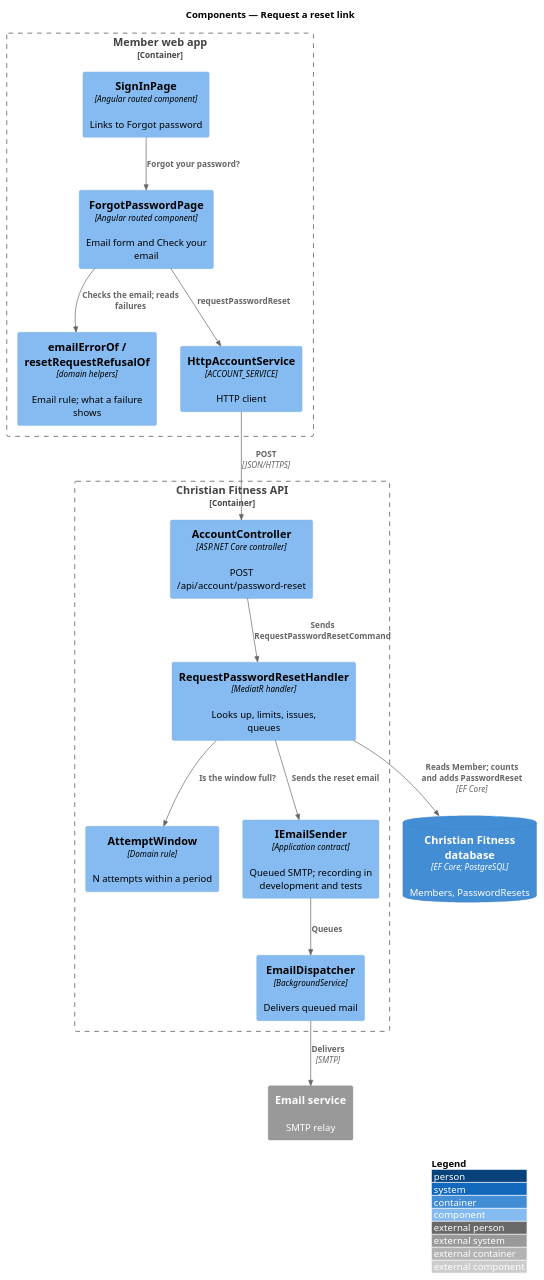
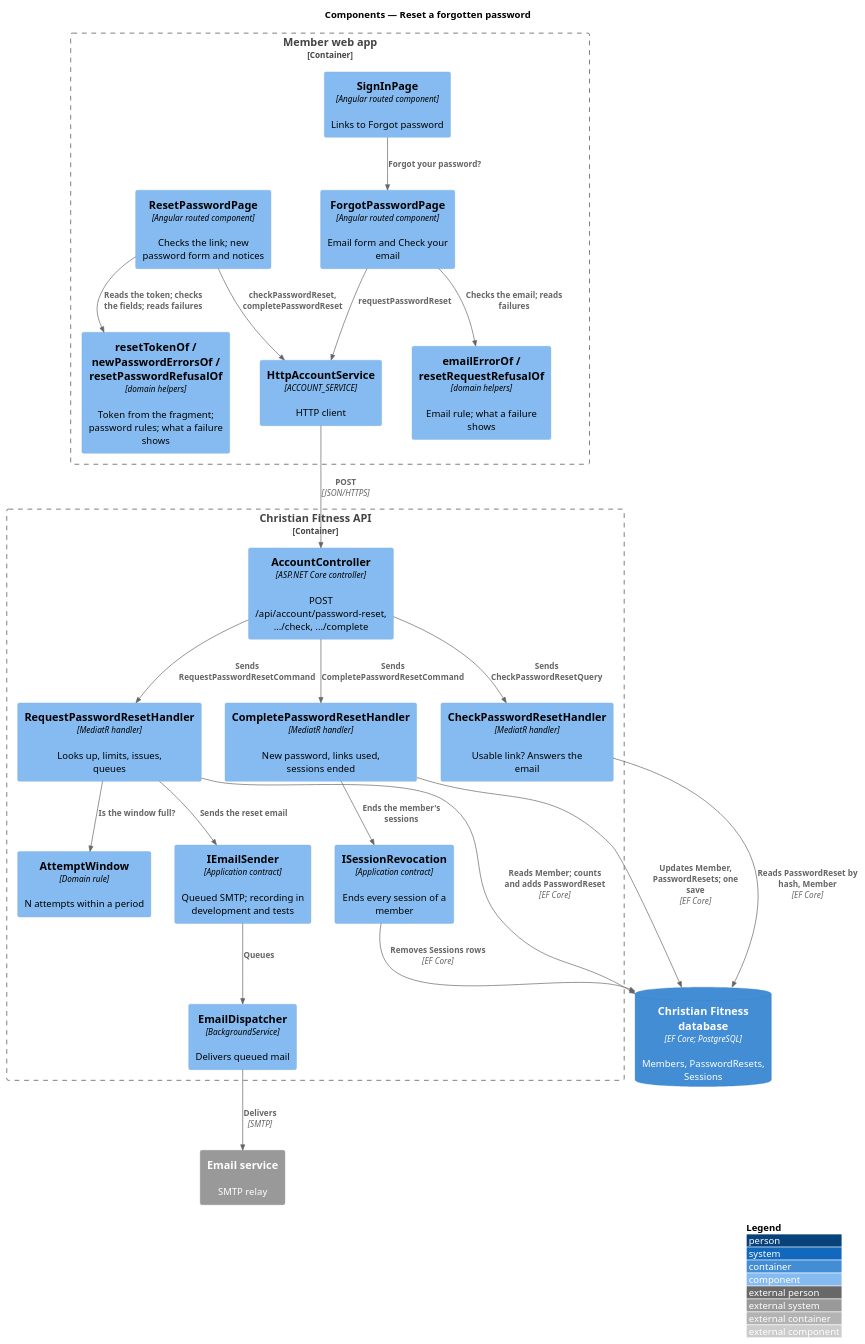
The diagram in docs/detailed-designs/member-access/reset-password/diagrams/c4-component.puml (QuinntyneBrown/christian-fitness), drawn with PlantUML before and after one commit. The commit also changed 23 other files, not shown here.

```diff
--- a/docs/detailed-designs/member-access/reset-password/diagrams/c4-component.puml
+++ b/docs/detailed-designs/member-access/reset-password/diagrams/c4-component.puml
@@ -1,32 +1,45 @@
 @startuml
 !include <C4/C4_Component>
 LAYOUT_WITH_LEGEND()
-title Components — Request a reset link
+title Components — Reset a forgotten password
 
 Container_Boundary(web, "Member web app") {
   Component(signin, "SignInPage", "Angular routed component", "Links to Forgot password")
   Component(page, "ForgotPasswordPage", "Angular routed component", "Email form and Check your email")
+  Component(reset, "ResetPasswordPage", "Angular routed component", "Checks the link; new password form and notices")
   Component(rules, "emailErrorOf / resetRequestRefusalOf", "domain helpers", "Email rule; what a failure shows")
+  Component(newrules, "resetTokenOf / newPasswordErrorsOf / resetPasswordRefusalOf", "domain helpers", "Token from the fragment; password rules; what a failure shows")
   Component(svc, "HttpAccountService", "ACCOUNT_SERVICE", "HTTP client")
 }
 Container_Boundary(api, "Christian Fitness API") {
-  Component(ctrl, "AccountController", "ASP.NET Core controller", "POST /api/account/password-reset")
+  Component(ctrl, "AccountController", "ASP.NET Core controller", "POST /api/account/password-reset, .../check, .../complete")
   Component(h, "RequestPasswordResetHandler", "MediatR handler", "Looks up, limits, issues, queues")
+  Component(check, "CheckPasswordResetHandler", "MediatR handler", "Usable link? Answers the email")
+  Component(complete, "CompletePasswordResetHandler", "MediatR handler", "New password, links used, sessions ended")
+  Component(revoke, "ISessionRevocation", "Application contract", "Ends every session of a member")
   Component(window, "AttemptWindow", "Domain rule", "N attempts within a period")
   Component(sender, "IEmailSender", "Application contract", "Queued SMTP; recording in development and tests")
   Component(dispatch, "EmailDispatcher", "BackgroundService", "Delivers queued mail")
 }
-ContainerDb(db, "Christian Fitness database", "EF Core; PostgreSQL", "Members, PasswordResets")
+ContainerDb(db, "Christian Fitness database", "EF Core; PostgreSQL", "Members, PasswordResets, Sessions")
 System_Ext(smtp, "Email service", "SMTP relay")
 
 Rel(signin, page, "Forgot your password?")
 Rel(page, rules, "Checks the email; reads failures")
 Rel(page, svc, "requestPasswordReset")
+Rel(reset, newrules, "Reads the token; checks the fields; reads failures")
+Rel(reset, svc, "checkPasswordReset, completePasswordReset")
 Rel(svc, ctrl, "POST", "JSON/HTTPS")
 Rel(ctrl, h, "Sends RequestPasswordResetCommand")
+Rel(ctrl, check, "Sends CheckPasswordResetQuery")
+Rel(ctrl, complete, "Sends CompletePasswordResetCommand")
+Rel(check, db, "Reads PasswordReset by hash, Member", "EF Core")
+Rel(complete, db, "Updates Member, PasswordResets; one save", "EF Core")
+Rel(complete, revoke, "Ends the member's sessions")
+Rel(revoke, db, "Removes Sessions rows", "EF Core")
 Rel(h, db, "Reads Member; counts and adds PasswordReset", "EF Core")
 Rel(h, window, "Is the window full?")
 Rel(h, sender, "Sends the reset email")
 Rel(sender, dispatch, "Queues")
 Rel(dispatch, smtp, "Delivers", "SMTP")
 @enduml
```
